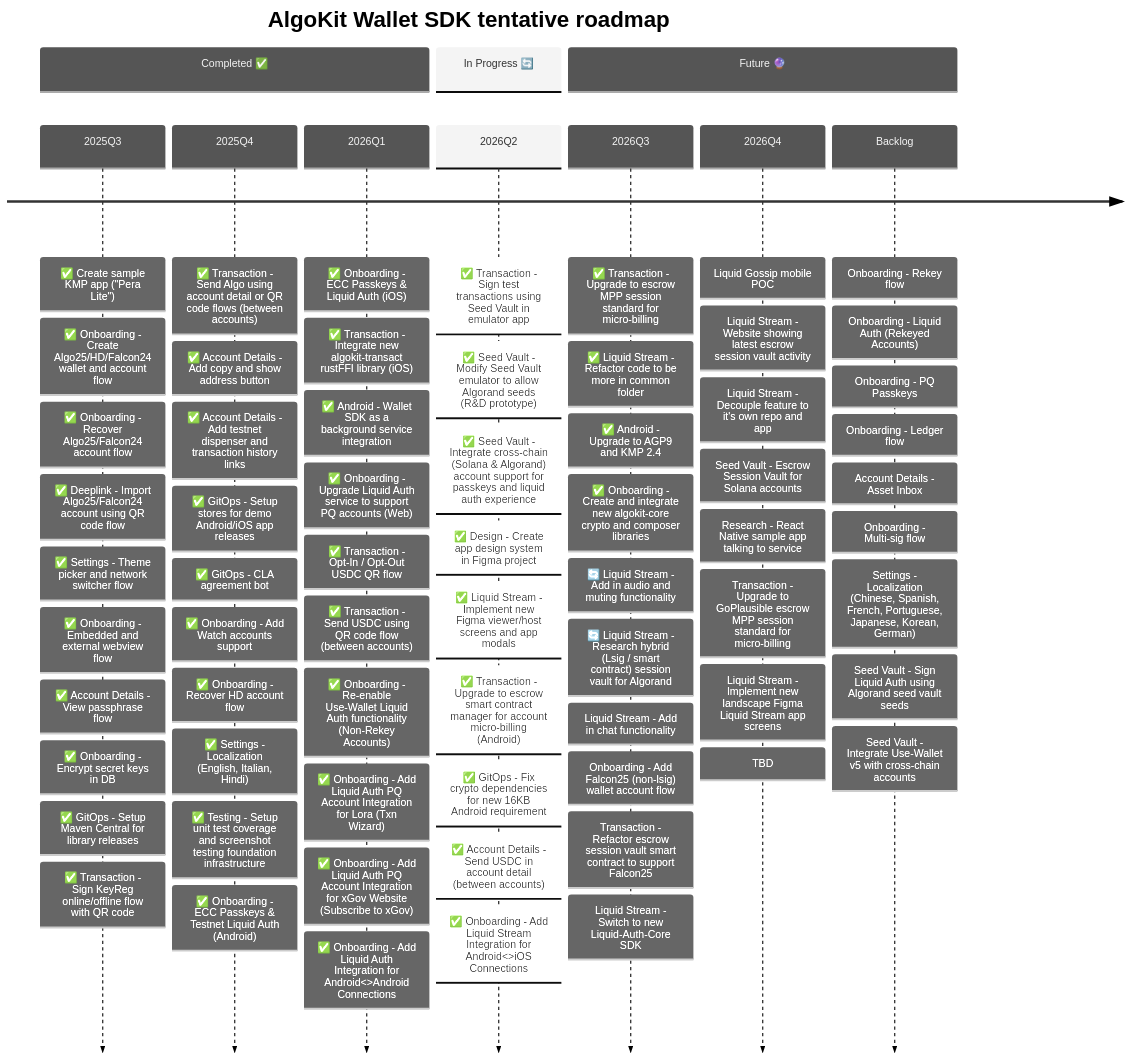
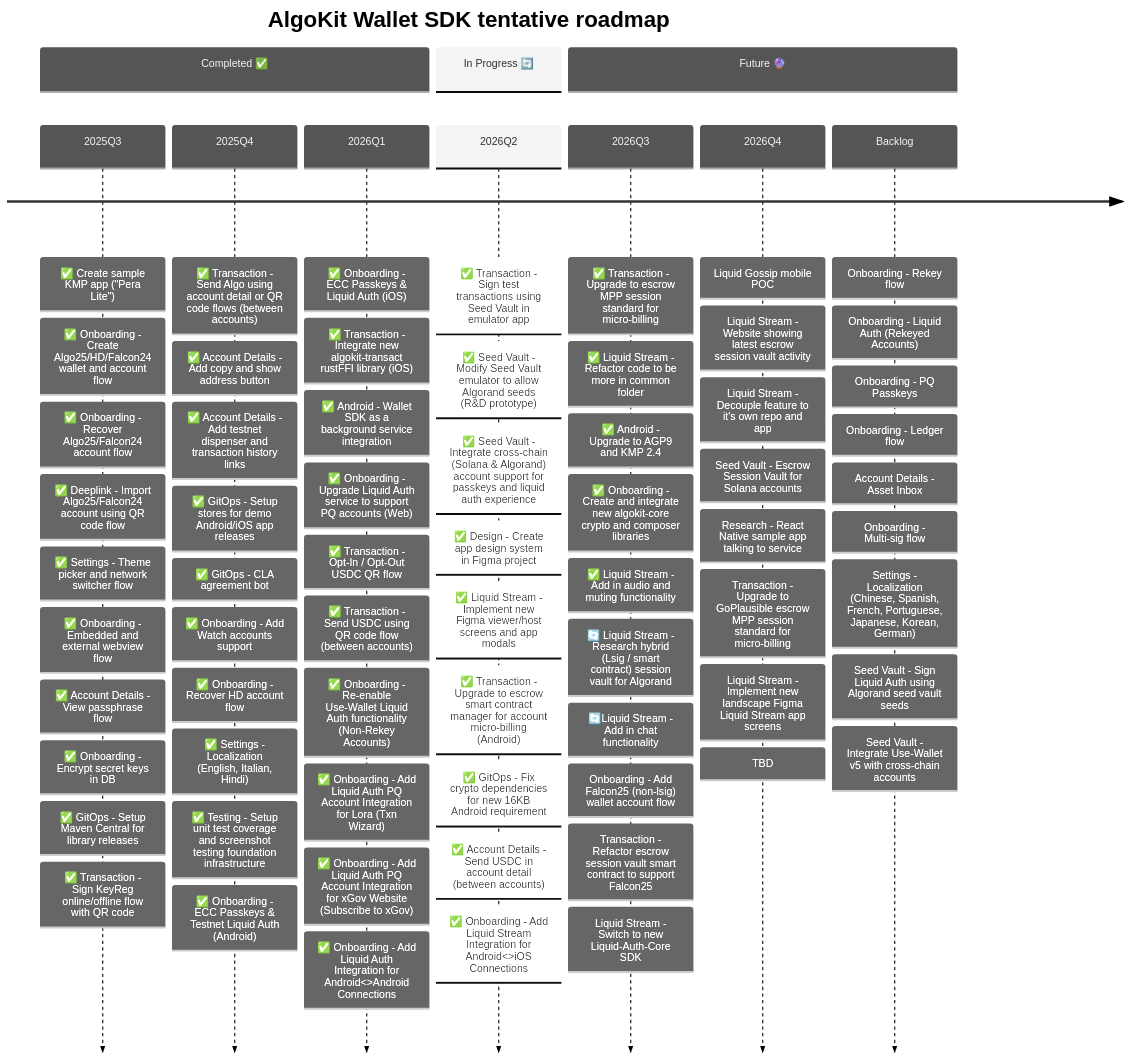
One commit to michaeltchuangllc/algokit-walletsdk-kmp changed the second of 3 diagrams in README.md. Above: the diagram before and after it, drawn with Mermaid. The commit also changed other lines of this file and 28 other files, not shown here.

Commit message:
refactor: liquid stream host param code (#370)

```diff
--- a/README.md
+++ b/README.md
@@ -124,9 +124,9 @@
              : ✅ Liquid Stream - Refactor code to be more in common folder
              : ✅ Android - Upgrade to AGP9 and KMP 2.4
              : ✅ Onboarding - Create and integrate new algokit-core crypto and composer libraries
-             : 🔄 Liquid Stream - Add in audio and muting functionality
+             : ✅ Liquid Stream - Add in audio and muting functionality
              : 🔄 Liquid Stream - Research hybrid (Lsig / smart contract) session vault for Algorand
-             : Liquid Stream - Add in chat functionality
+             : 🔄Liquid Stream - Add in chat functionality
              : Onboarding - Add Falcon25 (non-lsig) wallet account flow
              : Transaction - Refactor escrow session vault smart contract to support Falcon25
              : Liquid Stream - Switch to new Liquid-Auth-Core SDK
```
